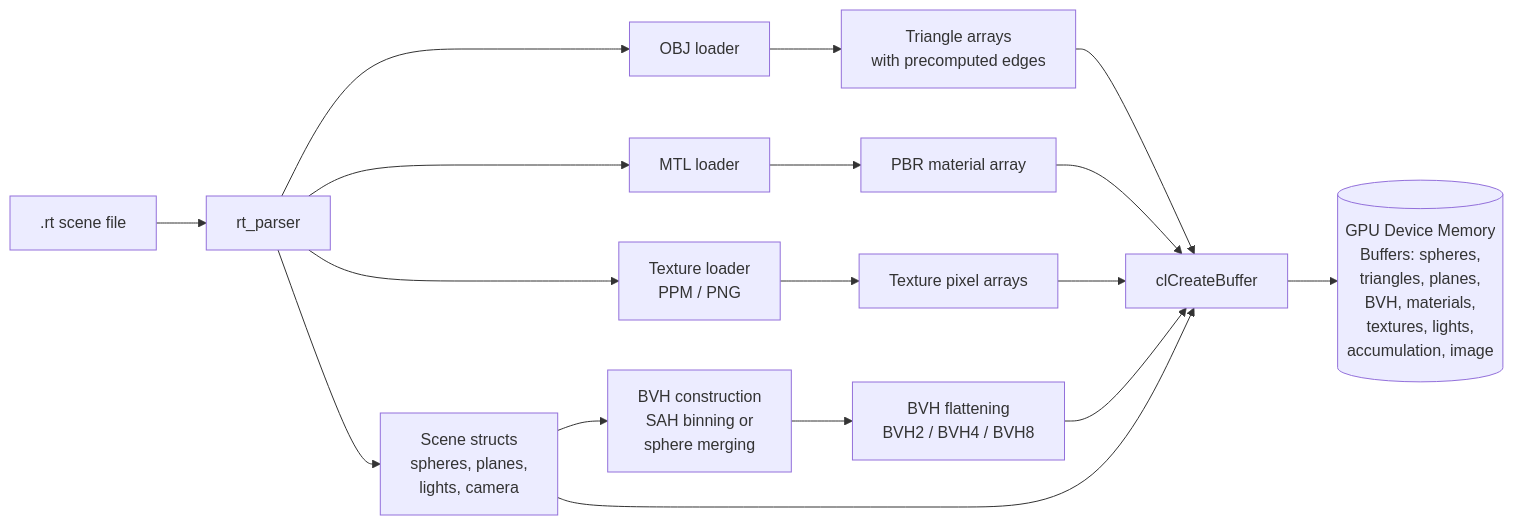
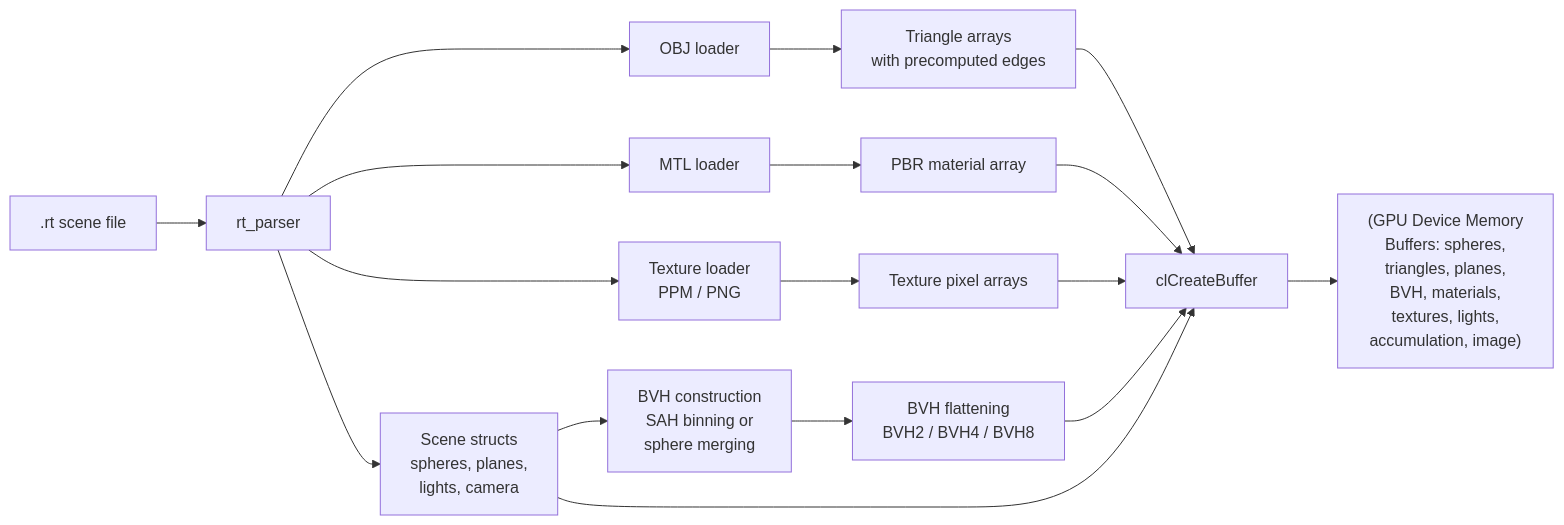
Before and after one commit to PabloBellissant/Minirt: the third of 3 diagrams in documentation/01-architecture.md, drawn with Mermaid. The commit also changed other lines of this file and 4 other files, not shown here.

Commit message:
docs: fix latex/mermaid github rendering

````diff
--- a/documentation/01-architecture.md
+++ b/documentation/01-architecture.md
@@ -207,21 +207,21 @@
 ```mermaid
 flowchart LR
     RT[.rt scene file] --> PARSER[rt_parser]
     PARSER --> OBJ_LOAD[OBJ loader]
-    OBJ_LOAD --> TRIANGLES[Triangle arrays<br/>with precomputed edges]
+    OBJ_LOAD --> TRIANGLES["Triangle arrays<br/>with precomputed edges"]
     PARSER --> MTL_LOAD[MTL loader]
     MTL_LOAD --> MATERIALS[PBR material array]
-    PARSER --> TEX_LOAD[Texture loader<br/>PPM / PNG]
+    PARSER --> TEX_LOAD["Texture loader<br/>PPM / PNG"]
     TEX_LOAD --> TEXTURES[Texture pixel arrays]
-    PARSER --> SCENE_DATA[Scene structs<br/>spheres, planes,<br/>lights, camera]
+    PARSER --> SCENE_DATA["Scene structs<br/>spheres, planes,<br/>lights, camera"]
 
-    SCENE_DATA --> BVH_BUILD[BVH construction<br/>SAH binning or<br/>sphere merging]
-    BVH_BUILD --> BVH_ARY[BVH flattening<br/>BVH2 / BVH4 / BVH8]
+    SCENE_DATA --> BVH_BUILD["BVH construction<br/>SAH binning or<br/>sphere merging"]
+    BVH_BUILD --> BVH_ARY["BVH flattening<br/>BVH2 / BVH4 / BVH8"]
     BVH_ARY --> clCreateBuffer
     MATERIALS --> clCreateBuffer
     TEXTURES --> clCreateBuffer
     TRIANGLES --> clCreateBuffer
     SCENE_DATA --> clCreateBuffer
 
-    clCreateBuffer --> GPU[(GPU Device Memory<br/>Buffers: spheres,<br/>triangles, planes,<br/>BVH, materials,<br/>textures, lights,<br/>accumulation, image)]
+    clCreateBuffer --> GPU["(GPU Device Memory<br/>Buffers: spheres,<br/>triangles, planes,<br/>BVH, materials,<br/>textures, lights,<br/>accumulation, image)"]
 ```
````
